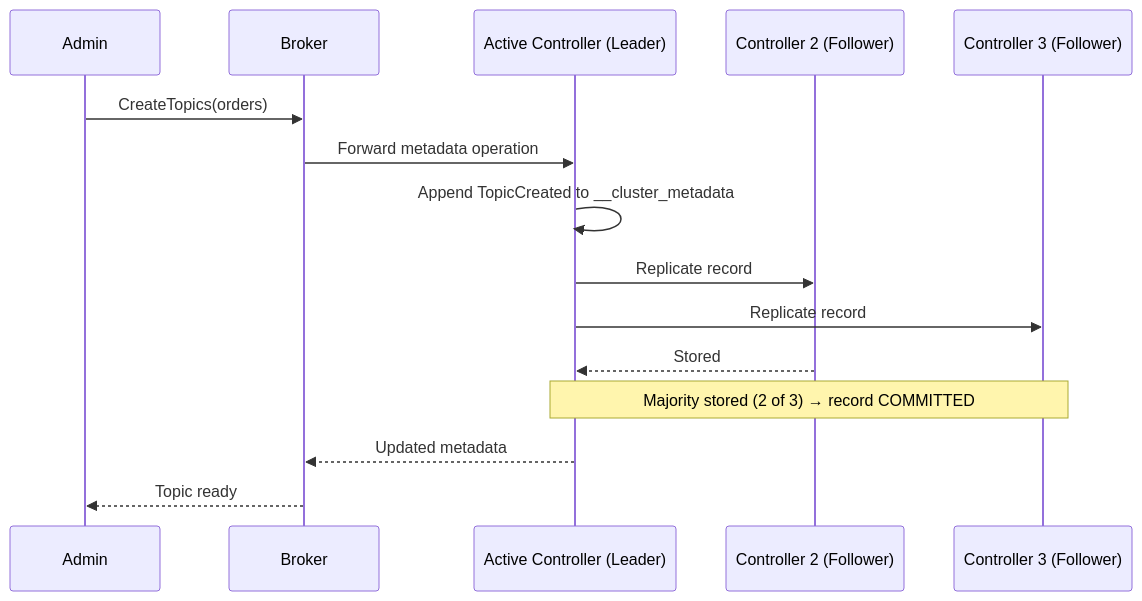
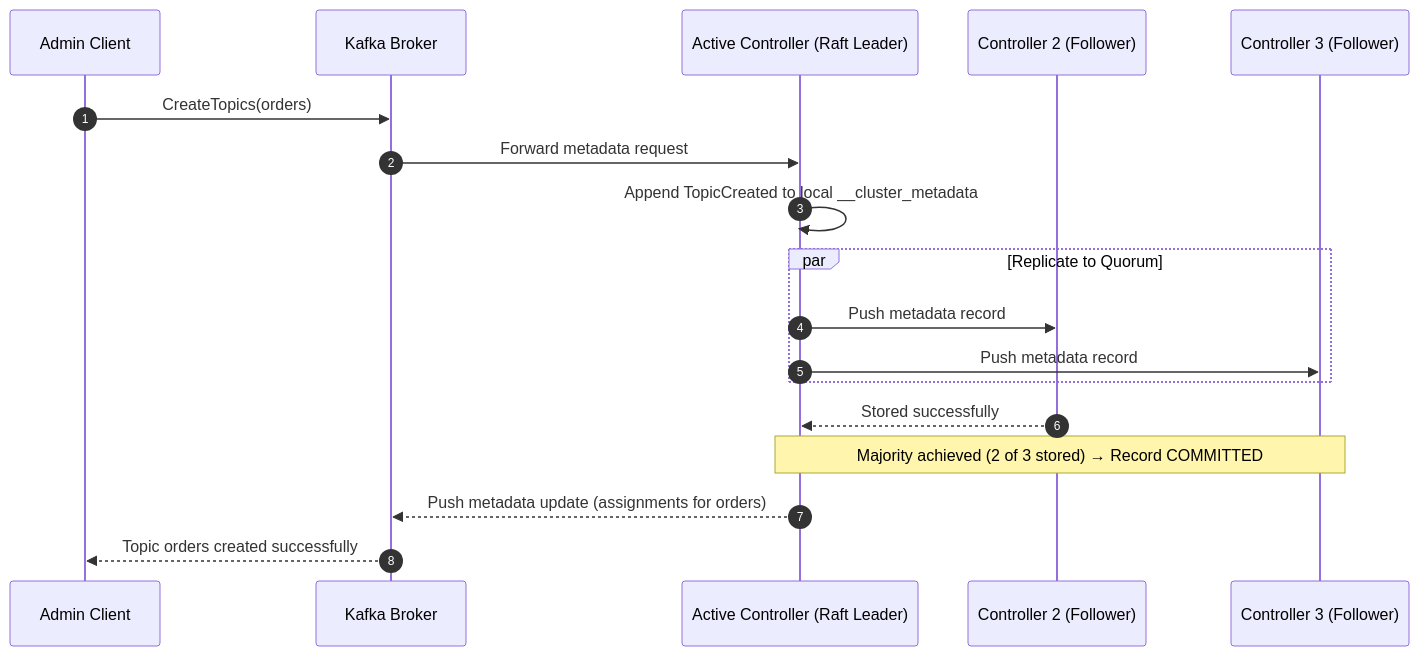
The ninth of 16 diagrams in Inbox/Kafka_Obsidian_Organized/04 - Replication and KRaft/008-KRaft_and_Cluster_Consensus.md (Siddpawar9222/Obsidian-Vault), drawn with Mermaid before and after one commit. The commit also changed other lines of this file and 46 other files, not shown here.

````diff
--- a/Inbox/Kafka_Obsidian_Organized/04 - Replication and KRaft/008-KRaft_and_Cluster_Consensus.md
+++ b/Inbox/Kafka_Obsidian_Organized/04 - Replication and KRaft/008-KRaft_and_Cluster_Consensus.md
@@ -351,17 +270,21 @@
 ```mermaid
 sequenceDiagram
-    participant Admin
-    participant Broker
-    participant Leader as Active Controller (Leader)
+    autonumber
+    participant Admin as Admin Client
+    participant Broker as Kafka Broker
+    participant Leader as Active Controller (Raft Leader)
     participant F1 as Controller 2 (Follower)
     participant F2 as Controller 3 (Follower)
+
     Admin->>Broker: CreateTopics(orders)
-    Broker->>Leader: Forward metadata operation
-    Leader->>Leader: Append TopicCreated to __cluster_metadata
-    Leader->>F1: Replicate record
-    Leader->>F2: Replicate record
-    F1-->>Leader: Stored
-    Note over Leader,F2: Majority stored (2 of 3) → record COMMITTED
-    Leader-->>Broker: Updated metadata
-    Broker-->>Admin: Topic ready
+    Broker->>Leader: Forward metadata request
+    Leader->>Leader: Append TopicCreated to local __cluster_metadata
+    par Replicate to Quorum
+        Leader->>F1: Push metadata record
+        Leader->>F2: Push metadata record
+    end
+    F1-->>Leader: Stored successfully
+    Note over Leader,F2: Majority achieved (2 of 3 stored) → Record COMMITTED
+    Leader-->>Broker: Push metadata update (assignments for orders)
+    Broker-->>Admin: Topic orders created successfully
 ```
````
